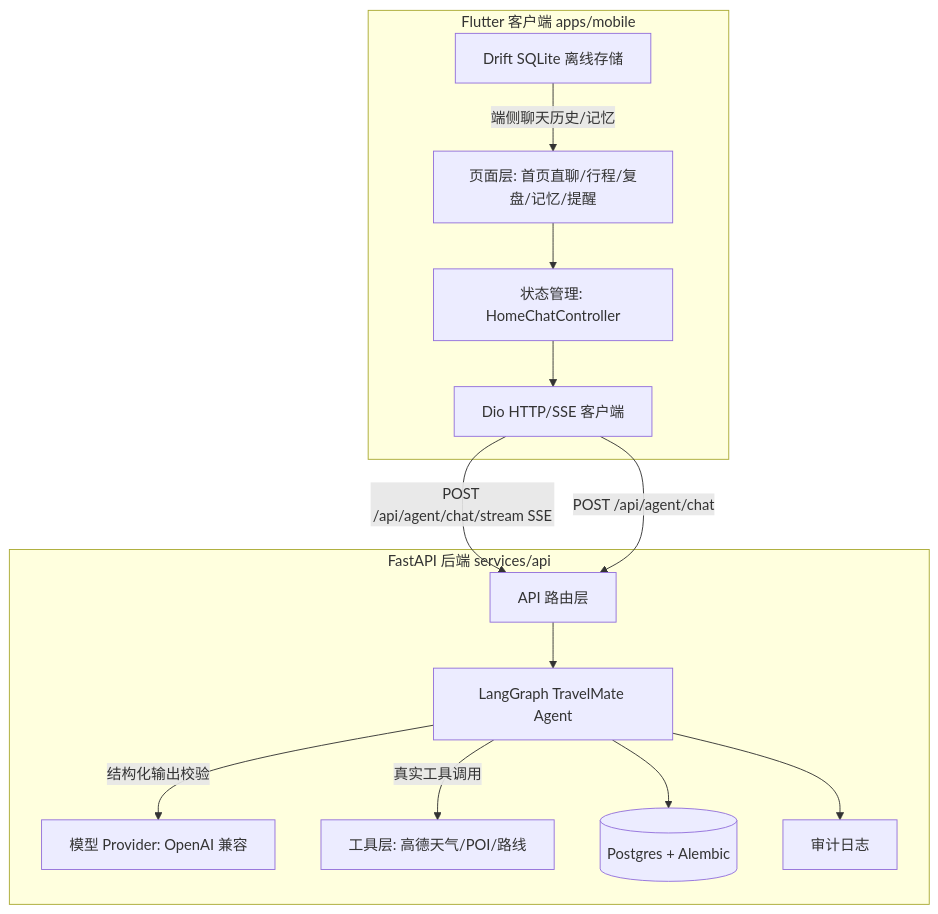
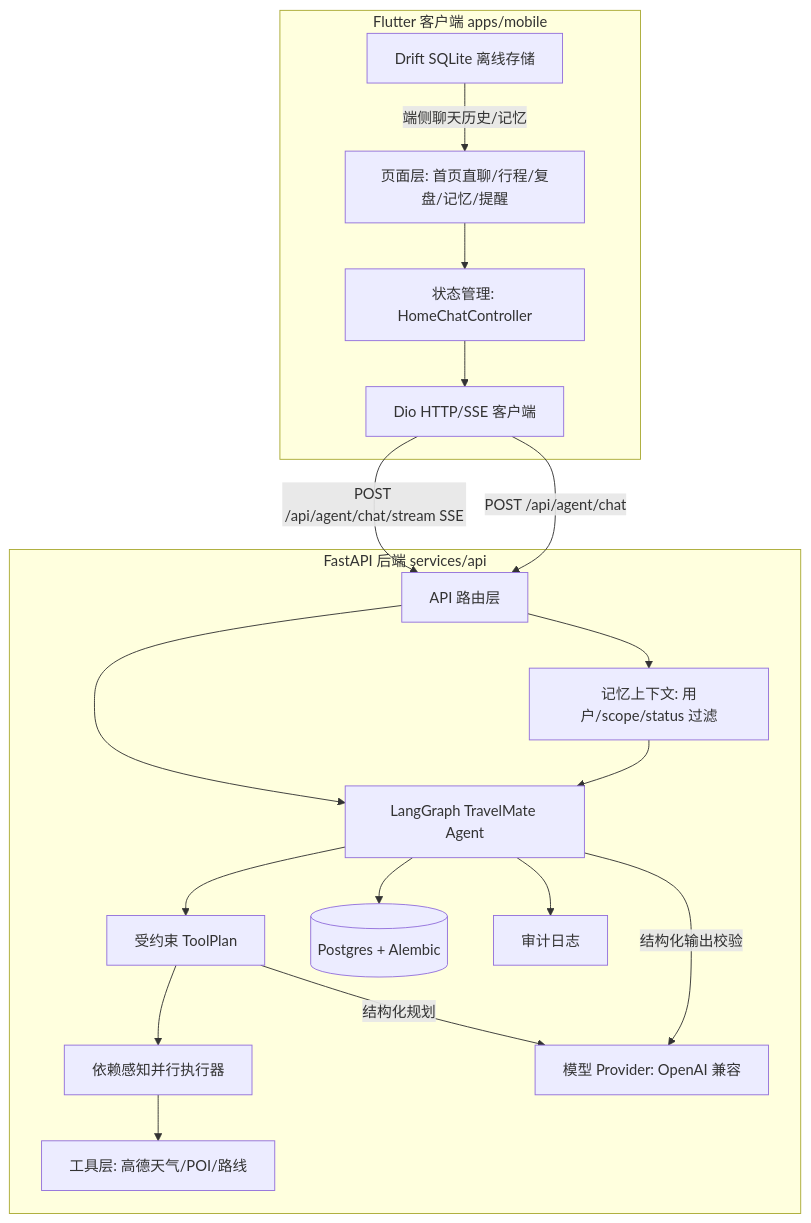
Before and after one commit to RXCCCCCC/lanxin-travelmate-aigc-2026: the first of 2 diagrams in ARCHITECTURE.md, drawn with Mermaid. The commit also changed other lines of this file and 1 other file, not shown here.

Commit message:
docs: document memory tool planning and agent eval architecture

````diff
--- a/ARCHITECTURE.md
+++ b/ARCHITECTURE.md
@@ -5,28 +5,34 @@
 ```mermaid
 graph TB
     subgraph "Flutter 客户端 apps/mobile"
         UI[页面层: 首页直聊/行程/复盘/记忆/提醒]
         Ctrl[状态管理: HomeChatController]
         Dio[Dio HTTP/SSE 客户端]
         Drift[Drift SQLite 离线存储]
     end
 
     subgraph "FastAPI 后端 services/api"
         API[API 路由层]
         Graph["LangGraph TravelMate Agent"]
+        Memory[记忆上下文: 用户/scope/status 过滤]
+        Planner[受约束 ToolPlan]
+        Executor[依赖感知并行执行器]
         Provider[模型 Provider: OpenAI 兼容]
         Tools[工具层: 高德天气/POI/路线]
         DB[(Postgres + Alembic)]
         Audit[审计日志]
     end
 
     UI --> Ctrl --> Dio
     Dio -->|"POST /api/agent/chat/stream SSE"| API
     Dio -->|"POST /api/agent/chat"| API
     API --> Graph
+    API --> Memory --> Graph
+    Graph --> Planner --> Executor
+    Planner -->|"结构化规划"| Provider
+    Executor --> Tools
     Graph -->|"结构化输出校验"| Provider
-    Graph -->|"真实工具调用"| Tools
     Graph --> DB
     Graph --> Audit
     Drift -->|"端侧聊天历史/记忆"| UI
 ```
````
